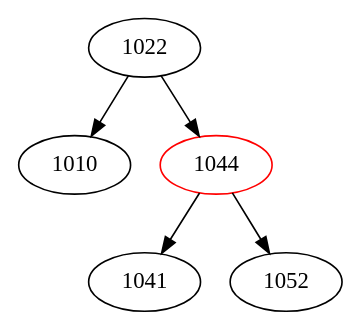
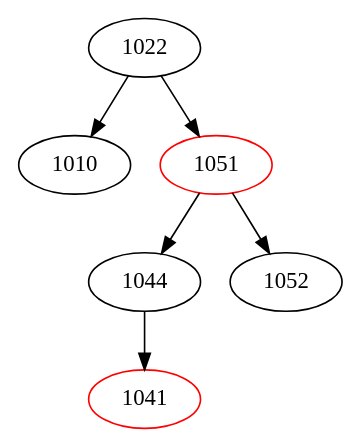
One commit to DanielDourado00/ED-II changed the diagram in arvore.dot. Above: the diagram before and after it, drawn with Graphviz. The commit also changed 5 other files, not shown here.

```diff
--- a/arvore.dot
+++ b/arvore.dot
@@ -1,11 +1,13 @@
 digraph ArvoreRubroNegra {
 1022 [label="1022", color=black];
 1022 -> 1010;
 1010 [label="1010", color=black];
-1022 -> 1044;
-1044 [label="1044", color=red];
+1022 -> 1051;
+1051 [label="1051", color=red];
+1051 -> 1044;
+1044 [label="1044", color=black];
 1044 -> 1041;
-1041 [label="1041", color=black];
-1044 -> 1052;
+1041 [label="1041", color=red];
+1051 -> 1052;
 1052 [label="1052", color=black];
 }
```
